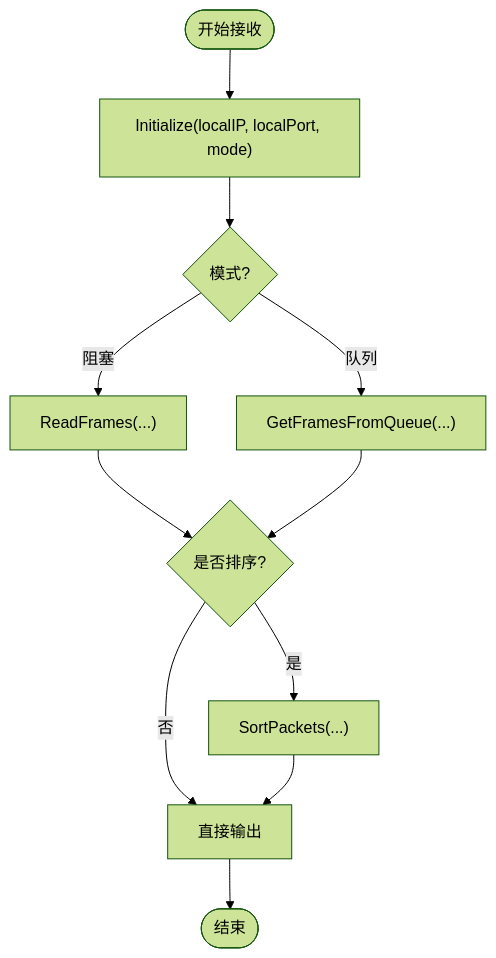
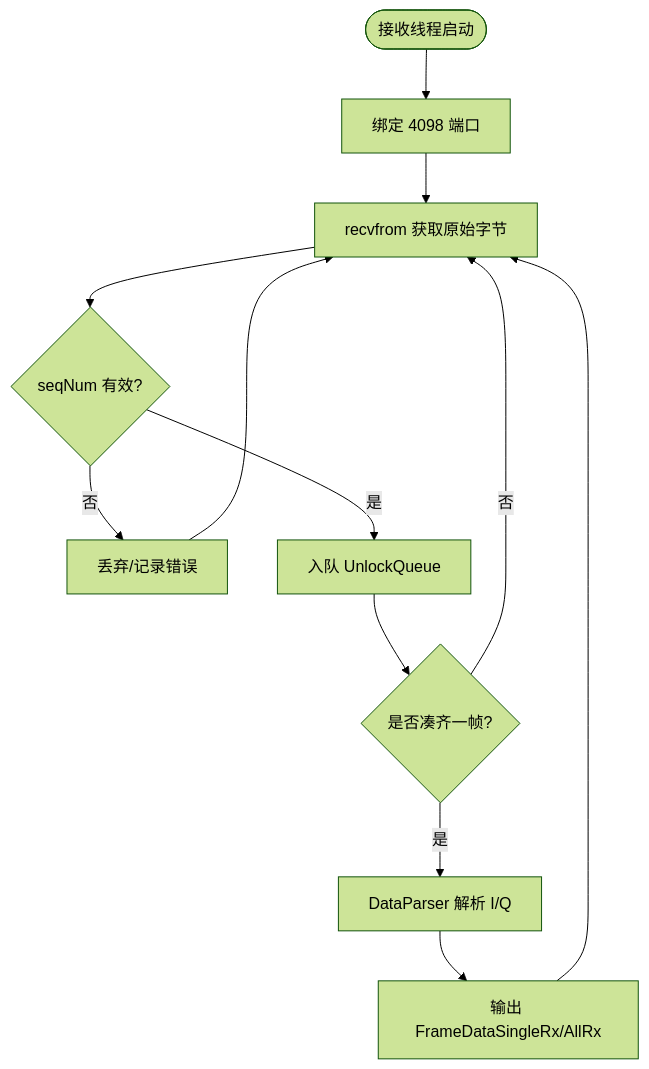
Before and after one commit to Lukad77/awr1843-radar-toolkit: the fifth of 7 diagrams in .qoder/repowiki/zh/content/雷达与 DCA1000 设备控制/雷达与 DCA1000 设备控制.md, drawn with Mermaid (forest theme). The commit also changed other lines of this file and 106 other files, not shown here.

````diff
--- a/.qoder/repowiki/zh/content/雷达与 DCA1000 设备控制/雷达与 DCA1000 设备控制.md
+++ b/.qoder/repowiki/zh/content/雷达与 DCA1000 设备控制/雷达与 DCA1000 设备控制.md
@@ -233,13 +207,14 @@
 ```mermaid
 flowchart TD
-Start(["开始接收"]) --> Init["Initialize(localIP, localPort, mode)"]
-Init --> Mode{"模式?"}
-Mode --> |阻塞| Block["ReadFrames(...)"]
-Mode --> |队列| Queue["GetFramesFromQueue(...)"]
-Block --> Sort{"是否排序?"}
-Queue --> Sort
-Sort --> |是| Reorder["SortPackets(...)"]
-Sort --> |否| Output["直接输出"]
-Reorder --> Output
-Output --> End(["结束"])
+Start(["接收线程启动"]) --> Bind["绑定 4098 端口"]
+Bind --> Recv["recvfrom 获取原始字节"]
+Recv --> CheckSeq{"seqNum 有效?"}
+CheckSeq --> |否| Drop["丢弃/记录错误"]
+CheckSeq --> |是| Enq["入队 UnlockQueue"]
+Enq --> Reassemble{"是否凑齐一帧?"}
+Reassemble --> |否| Recv
+Reassemble --> |是| Parse["DataParser 解析 I/Q"]
+Parse --> Output["输出 FrameDataSingleRx/AllRx"]
+Output --> Recv
+Drop --> Recv
 ```
````
